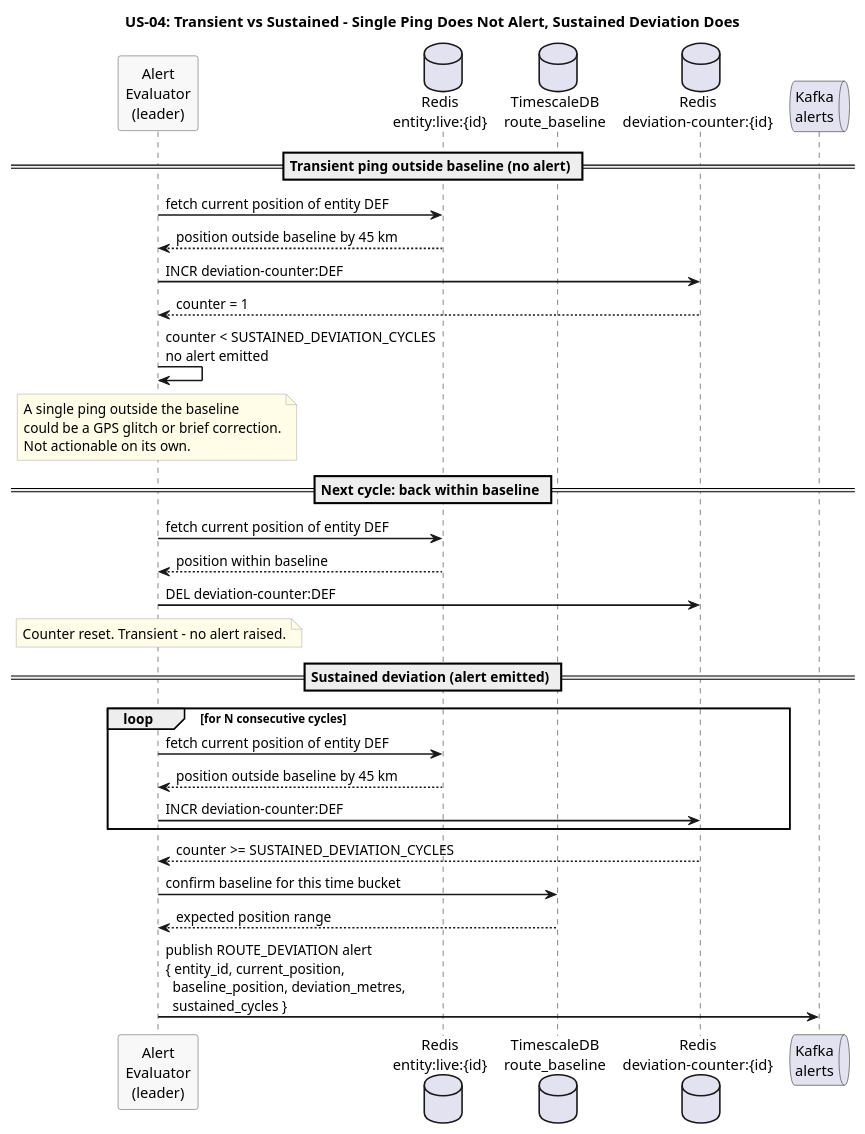
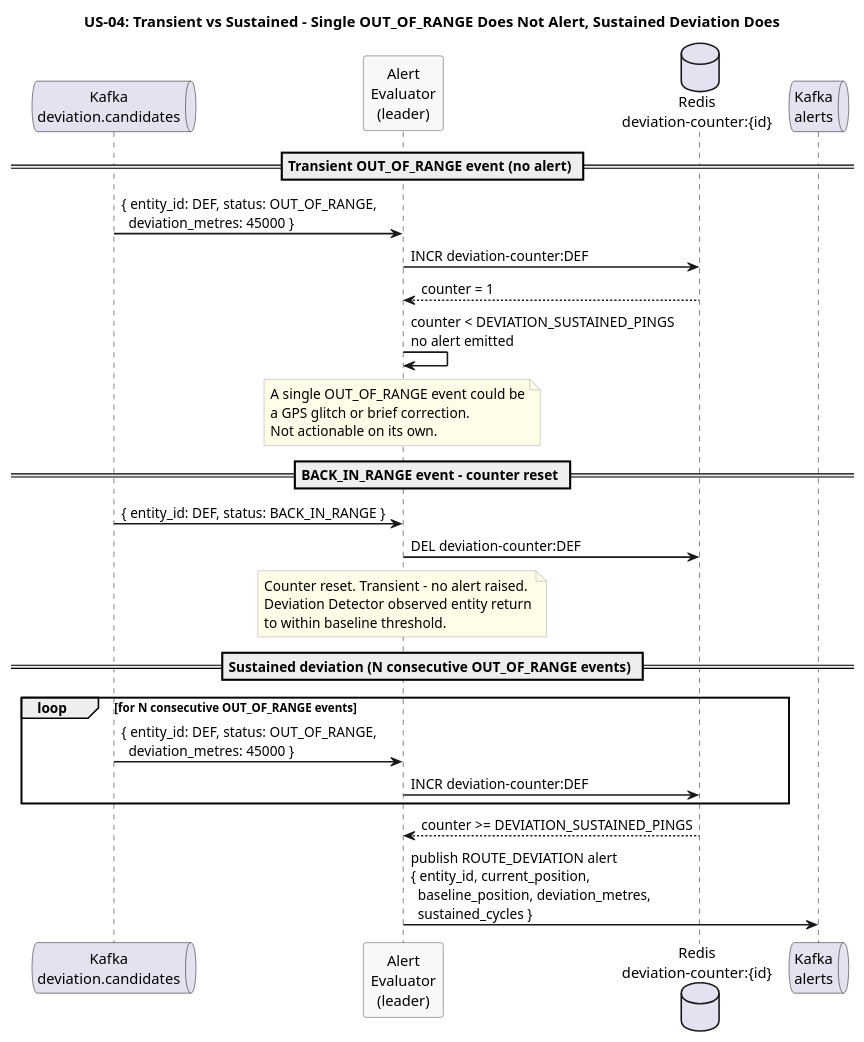
The diagram in docs/use-cases/US-04-route-deviation-alert/transient-vs-sustained.puml (Buffden/sentinel), drawn with PlantUML before and after one commit. The commit also changed 18 other files, not shown here.

Commit message:
introduce hybrid input model across all architecture docs

```diff
--- a/docs/use-cases/US-04-route-deviation-alert/transient-vs-sustained.puml
+++ b/docs/use-cases/US-04-route-deviation-alert/transient-vs-sustained.puml
@@ -1,57 +1,52 @@
 @startuml transient-vs-sustained
-title US-04: Transient vs Sustained - Single Ping Does Not Alert, Sustained Deviation Does
+title US-04: Transient vs Sustained - Single OUT_OF_RANGE Does Not Alert, Sustained Deviation Does
 
 skinparam sequenceArrowThickness 1.5
 skinparam participantBorderColor #555555
 skinparam participantBackgroundColor #F8F8F8
 skinparam noteBorderColor #AAAAAA
 skinparam noteBackgroundColor #FFFDE7
 
+queue "Kafka\ndeviation.candidates" as DevCandKafka
 participant "Alert\nEvaluator\n(leader)" as Evaluator
-database "Redis\nentity:live:{id}" as Redis
-database "TimescaleDB\nroute_baseline" as Baseline
 database "Redis\ndeviation-counter:{id}" as DevState
 queue "Kafka\nalerts" as Kafka
 
-== Transient ping outside baseline (no alert) ==
+== Transient OUT_OF_RANGE event (no alert) ==
 
-Evaluator -> Redis : fetch current position of entity DEF
-Redis --> Evaluator : position outside baseline by 45 km
+DevCandKafka -> Evaluator : { entity_id: DEF, status: OUT_OF_RANGE,\n  deviation_metres: 45000 }
 
 Evaluator -> DevState : INCR deviation-counter:DEF
 DevState --> Evaluator : counter = 1
 
-Evaluator -> Evaluator : counter < SUSTAINED_DEVIATION_CYCLES\nno alert emitted
+Evaluator -> Evaluator : counter < DEVIATION_SUSTAINED_PINGS\nno alert emitted
 
 note over Evaluator
-  A single ping outside the baseline
-  could be a GPS glitch or brief correction.
+  A single OUT_OF_RANGE event could be
+  a GPS glitch or brief correction.
   Not actionable on its own.
 end note
 
-== Next cycle: back within baseline ==
+== BACK_IN_RANGE event - counter reset ==
 
-Evaluator -> Redis : fetch current position of entity DEF
-Redis --> Evaluator : position within baseline
+DevCandKafka -> Evaluator : { entity_id: DEF, status: BACK_IN_RANGE }
 
 Evaluator -> DevState : DEL deviation-counter:DEF
 note over Evaluator
   Counter reset. Transient - no alert raised.
+  Deviation Detector observed entity return
+  to within baseline threshold.
 end note
 
-== Sustained deviation (alert emitted) ==
+== Sustained deviation (N consecutive OUT_OF_RANGE events) ==
 
-loop for N consecutive cycles
-  Evaluator -> Redis : fetch current position of entity DEF
-  Redis --> Evaluator : position outside baseline by 45 km
+loop for N consecutive OUT_OF_RANGE events
+  DevCandKafka -> Evaluator : { entity_id: DEF, status: OUT_OF_RANGE,\n  deviation_metres: 45000 }
   Evaluator -> DevState : INCR deviation-counter:DEF
 end
 
-DevState --> Evaluator : counter >= SUSTAINED_DEVIATION_CYCLES
-
-Evaluator -> Baseline : confirm baseline for this time bucket
-Baseline --> Evaluator : expected position range
+DevState --> Evaluator : counter >= DEVIATION_SUSTAINED_PINGS
 
 Evaluator -> Kafka : publish ROUTE_DEVIATION alert\n{ entity_id, current_position,\n  baseline_position, deviation_metres,\n  sustained_cycles }
 
 @enduml
```
